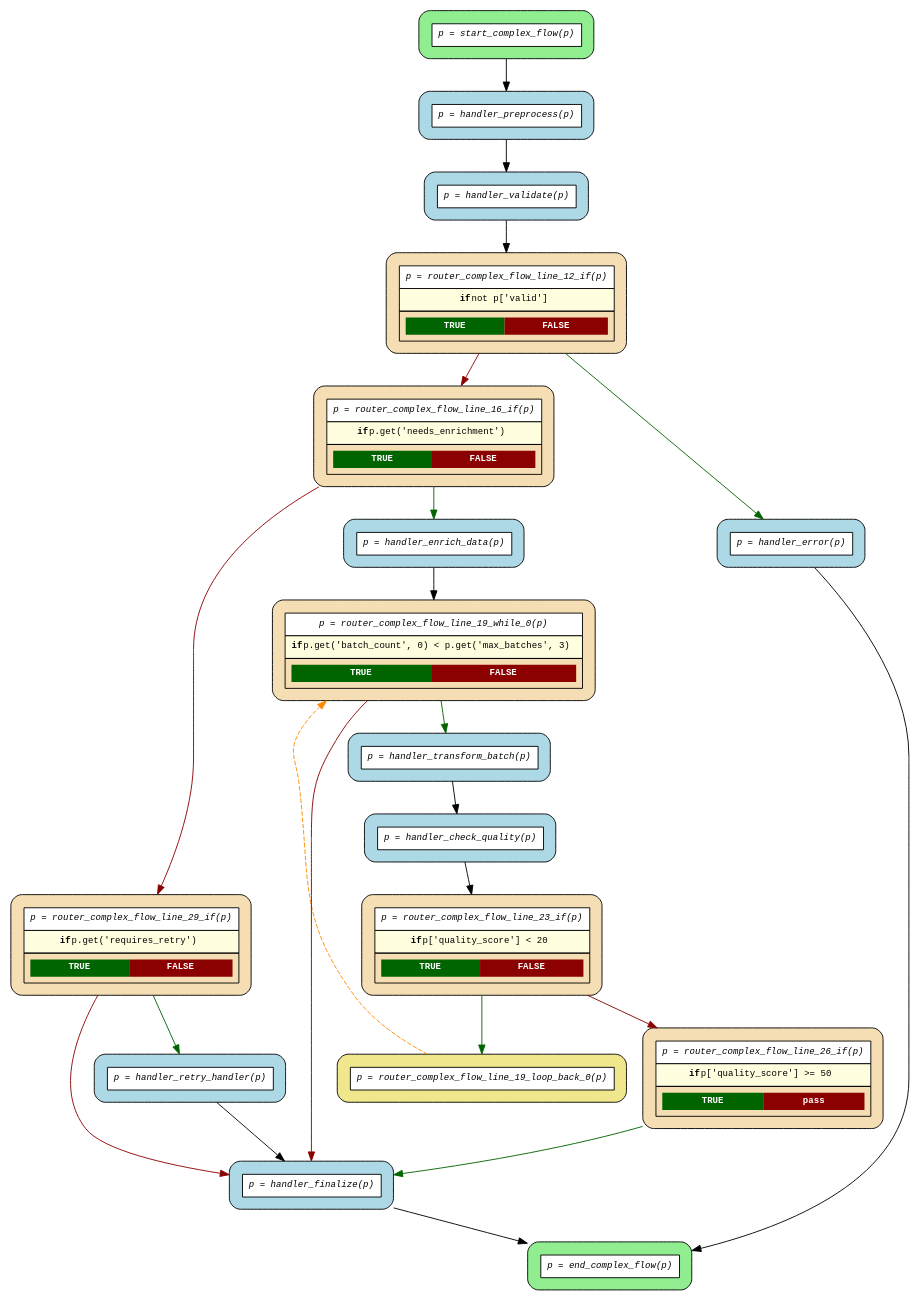
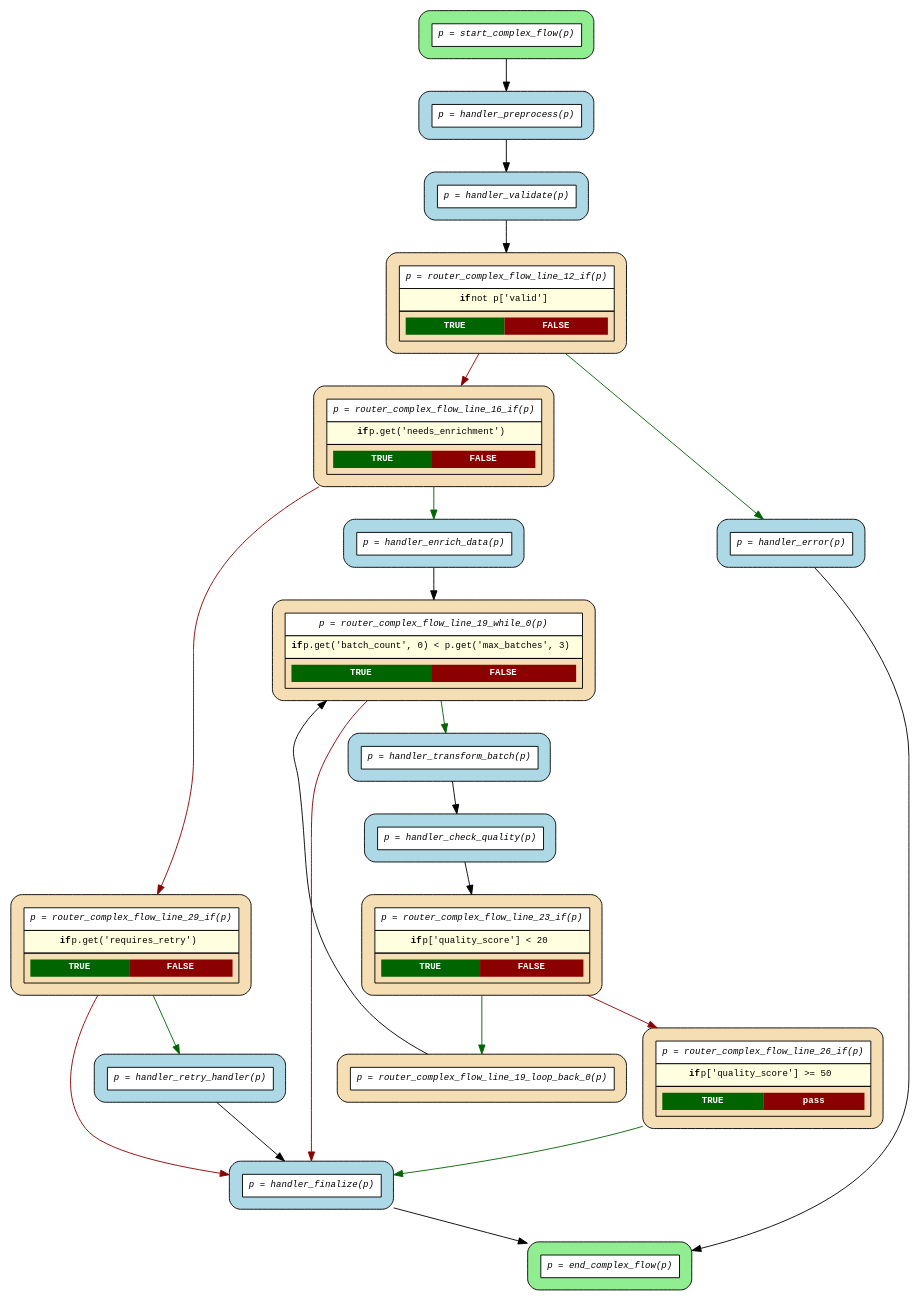
The diagram in examples/flows/compiled/complex_with_while/flow.dot (deliveryhero/asya), drawn with Graphviz before and after one commit. The commit also changed 27 other files, not shown here.

```diff
--- a/examples/flows/compiled/complex_with_while/flow.dot
+++ b/examples/flows/compiled/complex_with_while/flow.dot
@@ -1,46 +1,46 @@
 digraph flow {
   rankdir=TB;
   graph [fontname="Courier", fontsize=10];
   node [fontname="Courier", fontsize=10, shape=box, style="filled,rounded", margin="0.2"];
   edge [fontname="Courier", fontsize=10];
 
   start_complex_flow [fillcolor="lightgreen", label=<<table border="0" cellspacing="0" cellpadding="6" cellborder="1"><tr><td bgcolor="white" align="center"><i>p = start_complex_flow(p)</i></td></tr></table>>];
   router_complex_flow_line_26_if [fillcolor="wheat", label=<<table border="0" cellspacing="0" cellpadding="6" cellborder="1"><tr><td bgcolor="white" align="center"><i>p = router_complex_flow_line_26_if(p)</i></td></tr><tr><td bgcolor="lightyellow"><b>if</b> p['quality_score'] &gt;= 50</td></tr><tr><td><table border="0" cellspacing="0" cellpadding="4"><tr><td bgcolor="darkgreen"><font color="white"><b>TRUE</b></font></td><td bgcolor="darkred"><font color="white"><b>pass</b></font></td></tr></table></td></tr></table>>];
   router_complex_flow_line_23_if [fillcolor="wheat", label=<<table border="0" cellspacing="0" cellpadding="6" cellborder="1"><tr><td bgcolor="white" align="center"><i>p = router_complex_flow_line_23_if(p)</i></td></tr><tr><td bgcolor="lightyellow"><b>if</b> p['quality_score'] &lt; 20</td></tr><tr><td><table border="0" cellspacing="0" cellpadding="4"><tr><td bgcolor="darkgreen"><font color="white"><b>TRUE</b></font></td><td bgcolor="darkred"><font color="white"><b>FALSE</b></font></td></tr></table></td></tr></table>>];
-  router_complex_flow_line_19_loop_back_0 [fillcolor="khaki", label=<<table border="0" cellspacing="0" cellpadding="6" cellborder="1"><tr><td bgcolor="white" align="center"><i>p = router_complex_flow_line_19_loop_back_0(p)</i></td></tr></table>>];
+  router_complex_flow_line_19_loop_back_0 [fillcolor="wheat", label=<<table border="0" cellspacing="0" cellpadding="6" cellborder="1"><tr><td bgcolor="white" align="center"><i>p = router_complex_flow_line_19_loop_back_0(p)</i></td></tr></table>>];
   router_complex_flow_line_19_while_0 [fillcolor="wheat", label=<<table border="0" cellspacing="0" cellpadding="6" cellborder="1"><tr><td bgcolor="white" align="center"><i>p = router_complex_flow_line_19_while_0(p)</i></td></tr><tr><td bgcolor="lightyellow"><b>if</b> p.get('batch_count', 0) &lt; p.get('max_batches', 3)</td></tr><tr><td><table border="0" cellspacing="0" cellpadding="4"><tr><td bgcolor="darkgreen"><font color="white"><b>TRUE</b></font></td><td bgcolor="darkred"><font color="white"><b>FALSE</b></font></td></tr></table></td></tr></table>>];
   router_complex_flow_line_29_if [fillcolor="wheat", label=<<table border="0" cellspacing="0" cellpadding="6" cellborder="1"><tr><td bgcolor="white" align="center"><i>p = router_complex_flow_line_29_if(p)</i></td></tr><tr><td bgcolor="lightyellow"><b>if</b> p.get('requires_retry')</td></tr><tr><td><table border="0" cellspacing="0" cellpadding="4"><tr><td bgcolor="darkgreen"><font color="white"><b>TRUE</b></font></td><td bgcolor="darkred"><font color="white"><b>FALSE</b></font></td></tr></table></td></tr></table>>];
   router_complex_flow_line_16_if [fillcolor="wheat", label=<<table border="0" cellspacing="0" cellpadding="6" cellborder="1"><tr><td bgcolor="white" align="center"><i>p = router_complex_flow_line_16_if(p)</i></td></tr><tr><td bgcolor="lightyellow"><b>if</b> p.get('needs_enrichment')</td></tr><tr><td><table border="0" cellspacing="0" cellpadding="4"><tr><td bgcolor="darkgreen"><font color="white"><b>TRUE</b></font></td><td bgcolor="darkred"><font color="white"><b>FALSE</b></font></td></tr></table></td></tr></table>>];
   router_complex_flow_line_12_if [fillcolor="wheat", label=<<table border="0" cellspacing="0" cellpadding="6" cellborder="1"><tr><td bgcolor="white" align="center"><i>p = router_complex_flow_line_12_if(p)</i></td></tr><tr><td bgcolor="lightyellow"><b>if</b> not p['valid']</td></tr><tr><td><table border="0" cellspacing="0" cellpadding="4"><tr><td bgcolor="darkgreen"><font color="white"><b>TRUE</b></font></td><td bgcolor="darkred"><font color="white"><b>FALSE</b></font></td></tr></table></td></tr></table>>];
   end_complex_flow [fillcolor="lightgreen", label=<<table border="0" cellspacing="0" cellpadding="6" cellborder="1"><tr><td bgcolor="white" align="center"><i>p = end_complex_flow(p)</i></td></tr></table>>];
   handler_check_quality [fillcolor="lightblue", label=<<table border="0" cellspacing="0" cellpadding="6" cellborder="1"><tr><td bgcolor="white" align="center"><i>p = handler_check_quality(p)</i></td></tr></table>>];
   handler_enrich_data [fillcolor="lightblue", label=<<table border="0" cellspacing="0" cellpadding="6" cellborder="1"><tr><td bgcolor="white" align="center"><i>p = handler_enrich_data(p)</i></td></tr></table>>];
   handler_error [fillcolor="lightblue", label=<<table border="0" cellspacing="0" cellpadding="6" cellborder="1"><tr><td bgcolor="white" align="center"><i>p = handler_error(p)</i></td></tr></table>>];
   handler_finalize [fillcolor="lightblue", label=<<table border="0" cellspacing="0" cellpadding="6" cellborder="1"><tr><td bgcolor="white" align="center"><i>p = handler_finalize(p)</i></td></tr></table>>];
   handler_preprocess [fillcolor="lightblue", label=<<table border="0" cellspacing="0" cellpadding="6" cellborder="1"><tr><td bgcolor="white" align="center"><i>p = handler_preprocess(p)</i></td></tr></table>>];
   handler_retry_handler [fillcolor="lightblue", label=<<table border="0" cellspacing="0" cellpadding="6" cellborder="1"><tr><td bgcolor="white" align="center"><i>p = handler_retry_handler(p)</i></td></tr></table>>];
   handler_transform_batch [fillcolor="lightblue", label=<<table border="0" cellspacing="0" cellpadding="6" cellborder="1"><tr><td bgcolor="white" align="center"><i>p = handler_transform_batch(p)</i></td></tr></table>>];
   handler_validate [fillcolor="lightblue", label=<<table border="0" cellspacing="0" cellpadding="6" cellborder="1"><tr><td bgcolor="white" align="center"><i>p = handler_validate(p)</i></td></tr></table>>];
 
   handler_check_quality -> router_complex_flow_line_23_if;
   handler_enrich_data -> router_complex_flow_line_19_while_0;
   handler_error -> end_complex_flow;
   handler_finalize -> end_complex_flow;
   handler_preprocess -> handler_validate;
   handler_retry_handler -> handler_finalize;
   handler_transform_batch -> handler_check_quality;
   handler_validate -> router_complex_flow_line_12_if;
   router_complex_flow_line_12_if -> handler_error [color=darkgreen];
   router_complex_flow_line_12_if -> router_complex_flow_line_16_if [color=darkred];
   router_complex_flow_line_16_if -> handler_enrich_data [color=darkgreen];
   router_complex_flow_line_16_if -> router_complex_flow_line_29_if [color=darkred];
-  router_complex_flow_line_19_loop_back_0 -> router_complex_flow_line_19_while_0 [style=dashed, color=darkorange, constraint=false];
+  router_complex_flow_line_19_loop_back_0 -> router_complex_flow_line_19_while_0 [constraint=false];
   router_complex_flow_line_19_while_0 -> handler_finalize [color=darkred];
   router_complex_flow_line_19_while_0 -> handler_transform_batch [color=darkgreen];
   router_complex_flow_line_23_if -> router_complex_flow_line_19_loop_back_0 [color=darkgreen];
   router_complex_flow_line_23_if -> router_complex_flow_line_26_if [color=darkred];
   router_complex_flow_line_26_if -> handler_finalize [color=darkgreen];
   router_complex_flow_line_29_if -> handler_finalize [color=darkred];
   router_complex_flow_line_29_if -> handler_retry_handler [color=darkgreen];
   start_complex_flow -> handler_preprocess;
 }
```
